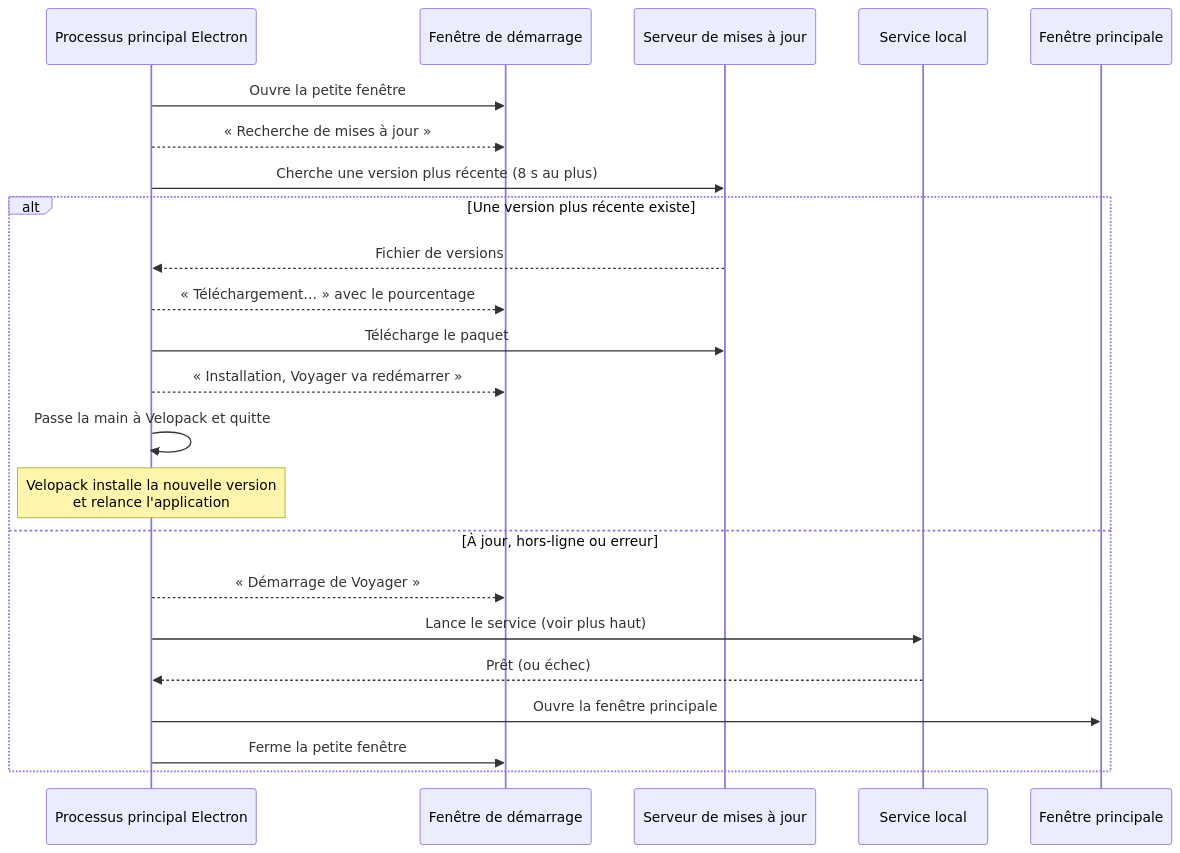
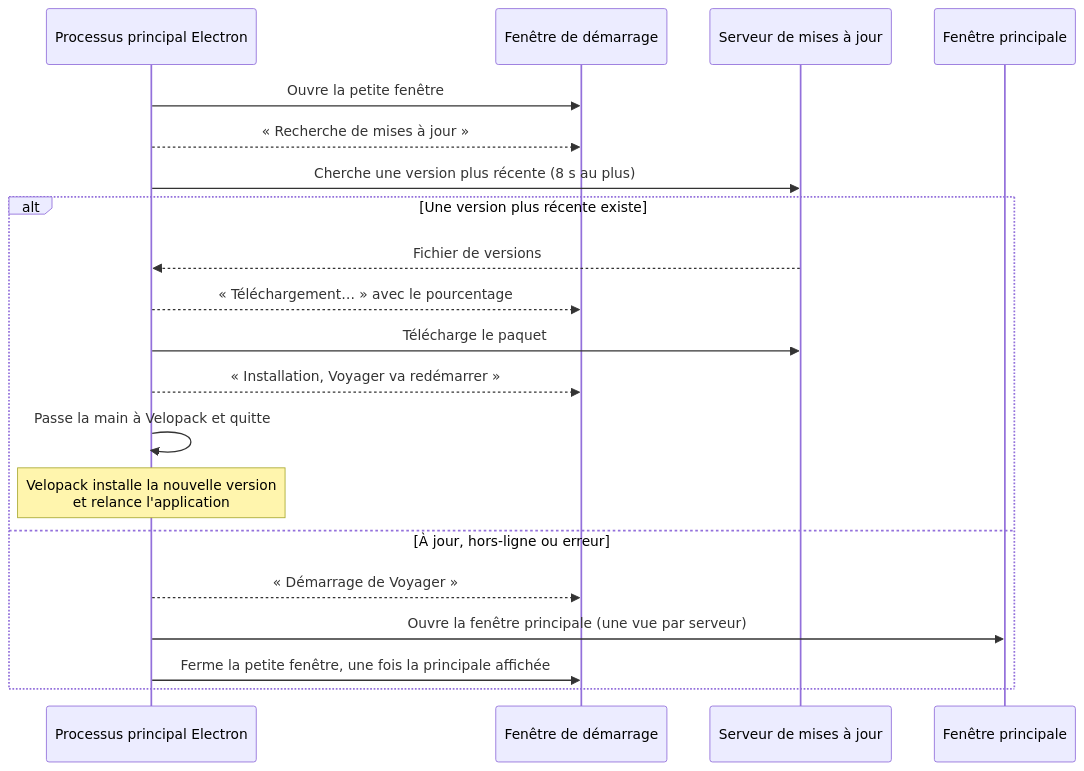
Before and after one commit to Nidk-Akanea/Voyager: the third of 7 diagrams in docs/schemas/technique.md, drawn with Mermaid. The commit also changed other lines of this file and 156 other files, not shown here.

First line of the commit message:
refactor: remove the local service and the plugin management on the desktop (#43)

````diff
--- a/docs/schemas/technique.md
+++ b/docs/schemas/technique.md
@@ -178,25 +138,22 @@
 ```mermaid
 sequenceDiagram
     participant P as Processus principal Electron
     participant S as Fenêtre de démarrage
     participant U as Serveur de mises à jour
-    participant L as Service local
     participant W as Fenêtre principale
     P->>S: Ouvre la petite fenêtre
     P-->>S: « Recherche de mises à jour »
     P->>U: Cherche une version plus récente (8 s au plus)
     alt Une version plus récente existe
         U-->>P: Fichier de versions
         P-->>S: « Téléchargement… » avec le pourcentage
         P->>U: Télécharge le paquet
         P-->>S: « Installation, Voyager va redémarrer »
         P->>P: Passe la main à Velopack et quitte
         Note over P: Velopack installe la nouvelle version<br/>et relance l'application
     else À jour, hors-ligne ou erreur
         P-->>S: « Démarrage de Voyager »
-        P->>L: Lance le service (voir plus haut)
-        L-->>P: Prêt (ou échec)
-        P->>W: Ouvre la fenêtre principale
-        P->>S: Ferme la petite fenêtre
+        P->>W: Ouvre la fenêtre principale (une vue par serveur)
+        P->>S: Ferme la petite fenêtre, une fois la principale affichée
     end
 ```
````
